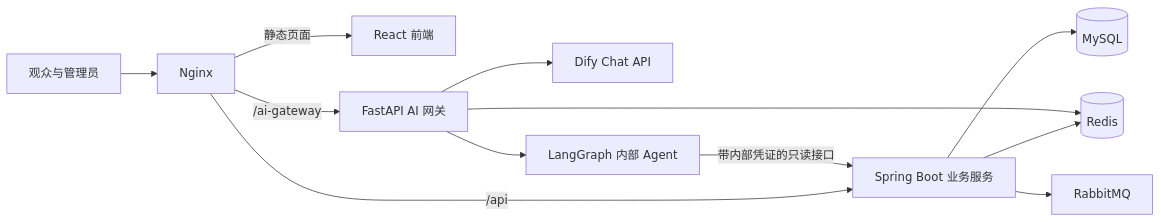
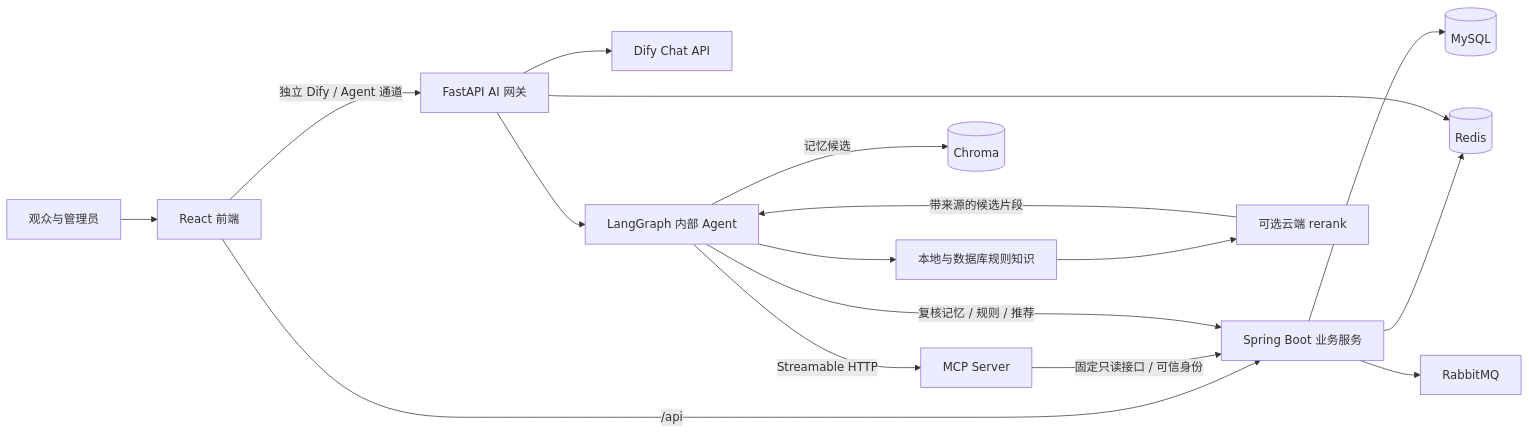
One commit to roxy1103200/AI-Project changed the diagram in 项目的面试重点内容及答疑.md. Above: the diagram before and after it, drawn with Mermaid. The commit also changed other lines of this file and 40 other files, not shown here.

````diff
--- a/项目的面试重点内容及答疑.md
+++ b/项目的面试重点内容及答疑.md
@@ -25,14 +33,19 @@
 ```mermaid
 flowchart LR
-    U[观众与管理员] --> N[Nginx]
-    N -->|静态页面| F[React 前端]
-    N -->|/api| J[Spring Boot 业务服务]
-    N -->|/ai-gateway| G[FastAPI AI 网关]
+    U[观众与管理员] --> F[React 前端]
+    F -->|/api| J[Spring Boot 业务服务]
+    F -->|独立 Dify / Agent 通道| G[FastAPI AI 网关]
     J --> DB[(MySQL)]
     J --> R[(Redis)]
     J --> Q[RabbitMQ]
     G --> R
     G --> D[Dify Chat API]
     G --> A[LangGraph 内部 Agent]
-    A -->|带内部凭证的只读接口| J
+    A -->|Streamable HTTP| M[MCP Server]
+    M -->|固定只读接口 / 可信身份| J
+    A -->|记忆候选| C[(Chroma)]
+    A -->|复核记忆 / 规则 / 推荐| J
+    A --> K[本地与数据库规则知识]
+    K --> RR[可选云端 rerank]
+    RR -->|带来源的候选片段| A
 ```
````
